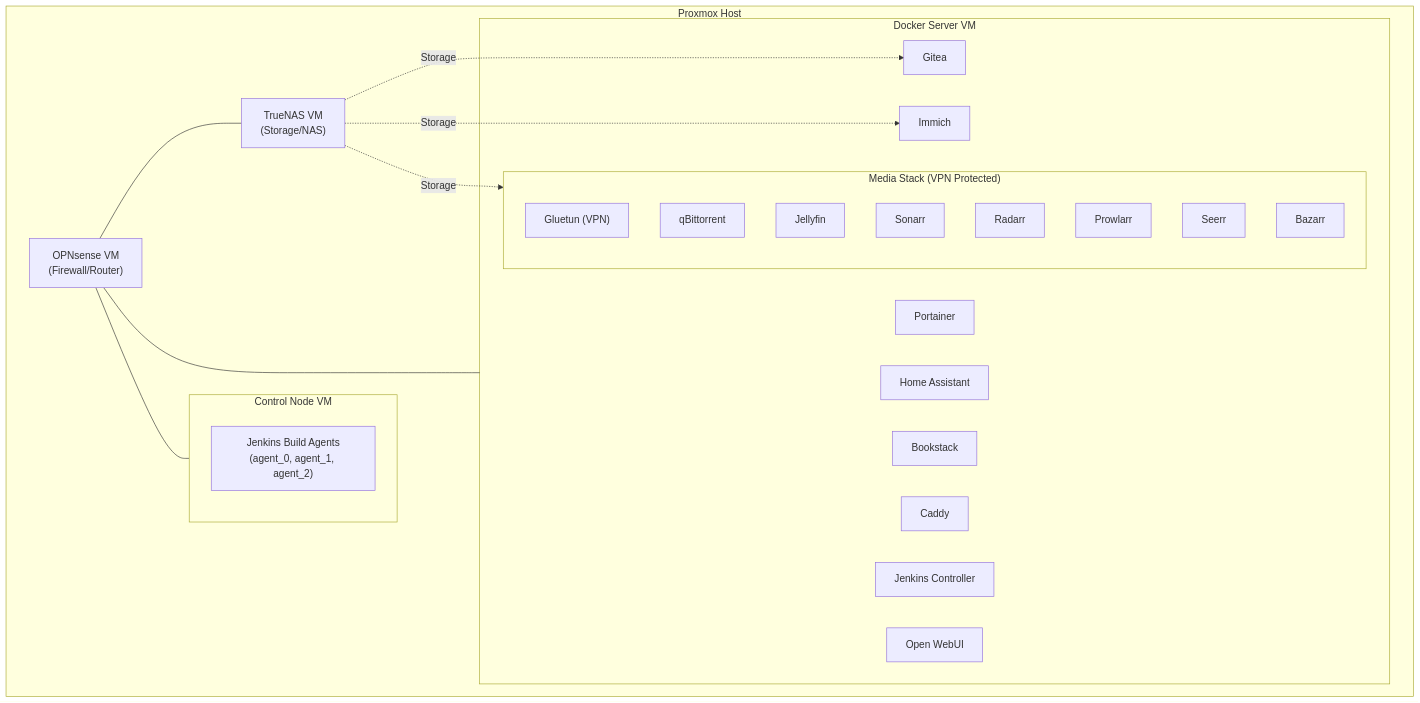
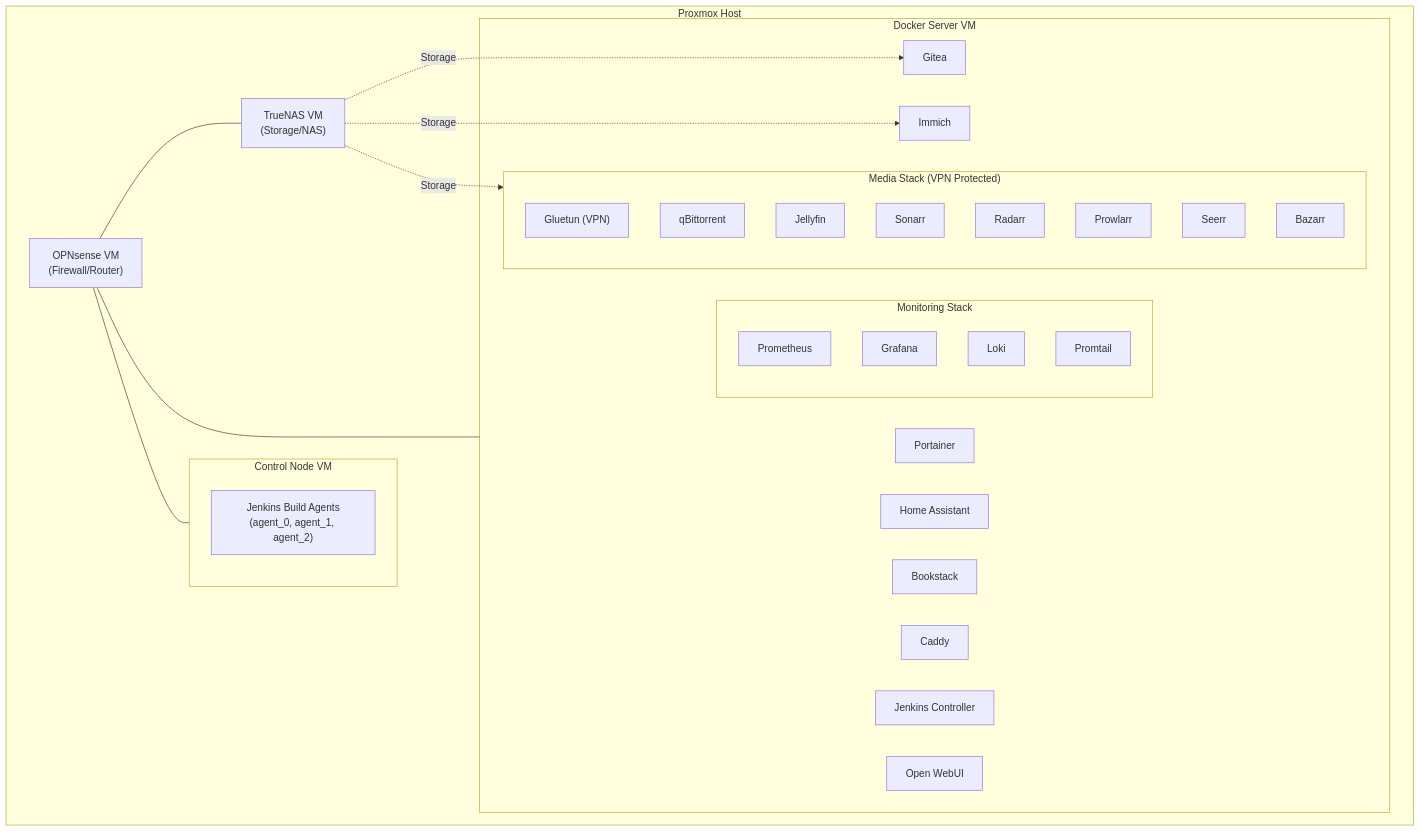
The diagram in README.md (telemc97/homelab_docker_compose), drawn with Mermaid before and after one commit.

Commit message:
graph updated

````diff
--- a/README.md
+++ b/README.md
@@ -17,39 +17,45 @@
 ```mermaid
 graph TD
     subgraph Proxmox ["Proxmox Host"]
         OPN["OPNsense VM<br/>(Firewall/Router)"]
         NAS["TrueNAS VM<br/>(Storage/NAS)"]
 
         subgraph CtrlVM ["Control Node VM"]
             Agents["Jenkins Build Agents<br/>(agent_0, agent_1, agent_2)"]
         end
 
         subgraph DockerVM ["Docker Server VM"]
             Portainer["Portainer"]
             HASS["Home Assistant"]
             Gitea["Gitea"]
             Book["Bookstack"]
             Caddy["Caddy"]
             Immich["Immich"]
             Jenkins["Jenkins Controller"]
             AI["Open WebUI"]
+            subgraph MonitorStack ["Monitoring Stack"]
+                Prom["Prometheus"]
+                Graf["Grafana"]
+                Loki["Loki"]
+                Tail["Promtail"]
+            end
             subgraph MediaStack ["Media Stack (VPN Protected)"]
                 Gluetun["Gluetun (VPN)"]
                 qBit["qBittorrent"]
                 Jellyfin["Jellyfin"]
                 Sonarr["Sonarr"]
                 Radarr["Radarr"]
                 Prowl["Prowlarr"]
                 Seerr["Seerr"]
                 Bazarr["Bazarr"]
             end
         end
     end
 
     NAS -.->|"Storage"| Gitea
     NAS -.->|"Storage"| Immich
     NAS -.->|"Storage"| MediaStack
     OPN --- NAS
     OPN --- DockerVM
     OPN --- CtrlVM
 ```
````
